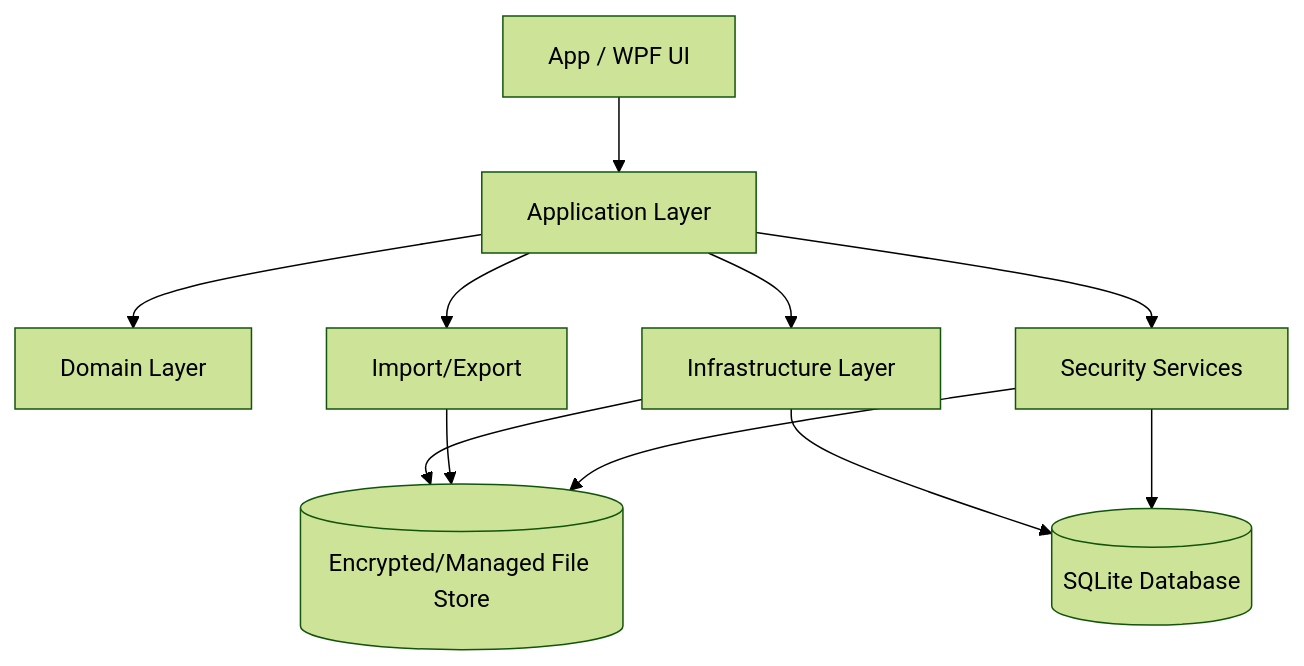
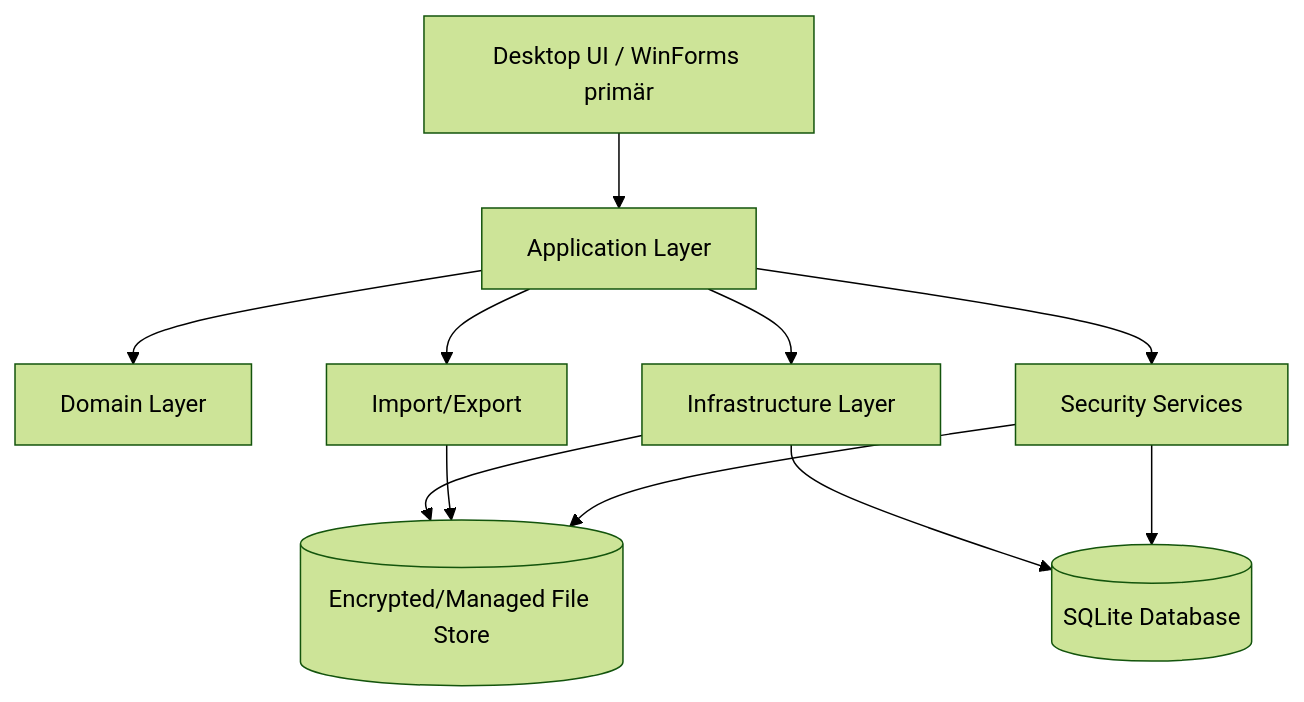
Before and after one commit to Robin-Goerlach/SASD-Health-Research-Notebook: the first of 2 diagrams in docs/architecture/030_Architekturkonzept.md, drawn with Mermaid (forest theme). The commit also changed other lines of this file and 5 other files, not shown here.

First line of the commit message:
docs: make WinForms-primary strategy unambiguous

````diff
--- a/docs/architecture/030_Architekturkonzept.md
+++ b/docs/architecture/030_Architekturkonzept.md
@@ -67,22 +69,22 @@
 ```mermaid
 flowchart TB
-    UI[App / WPF UI]
+    UI[Desktop UI / WinForms primär]
     APP[Application Layer]
     DOMAIN[Domain Layer]
     INFRA[Infrastructure Layer]
     DB[(SQLite Database)]
     FS[(Encrypted/Managed File Store)]
     EXPORT[Import/Export]
     SECURITY[Security Services]
 
     UI --> APP
     APP --> DOMAIN
     APP --> EXPORT
     APP --> SECURITY
     APP --> INFRA
     INFRA --> DB
     INFRA --> FS
     EXPORT --> FS
     SECURITY --> DB
     SECURITY --> FS
 ```
````
